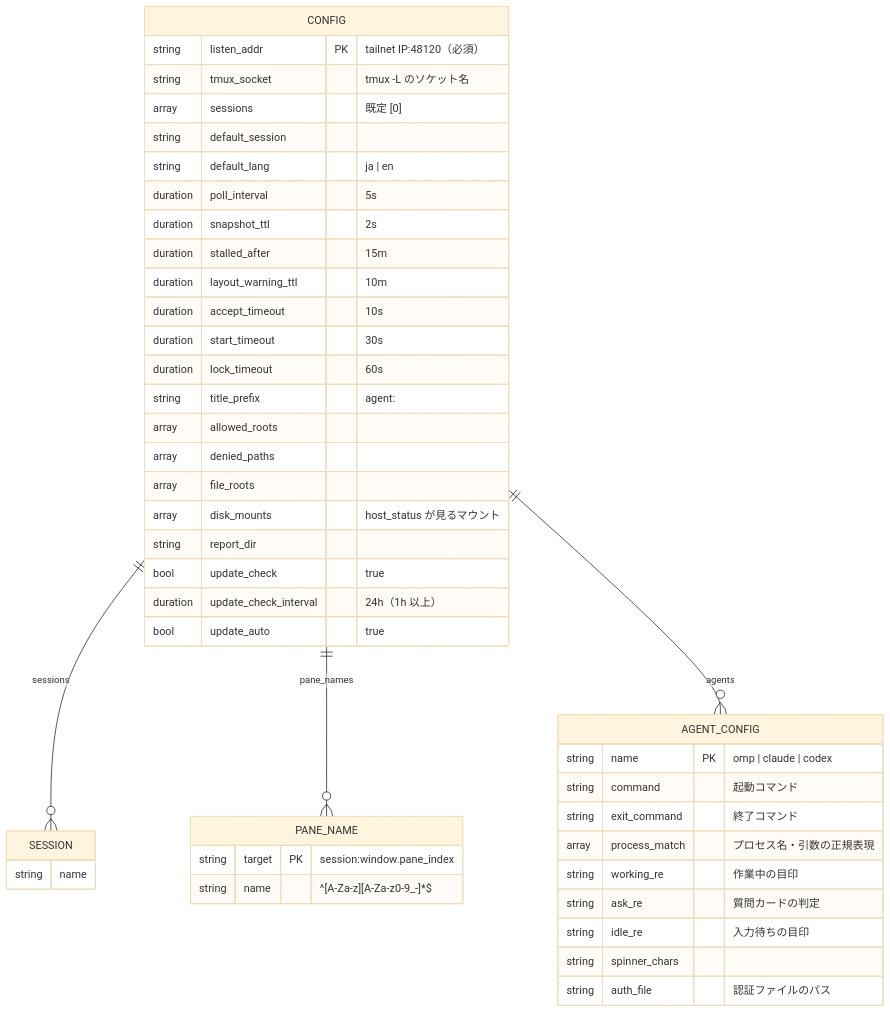
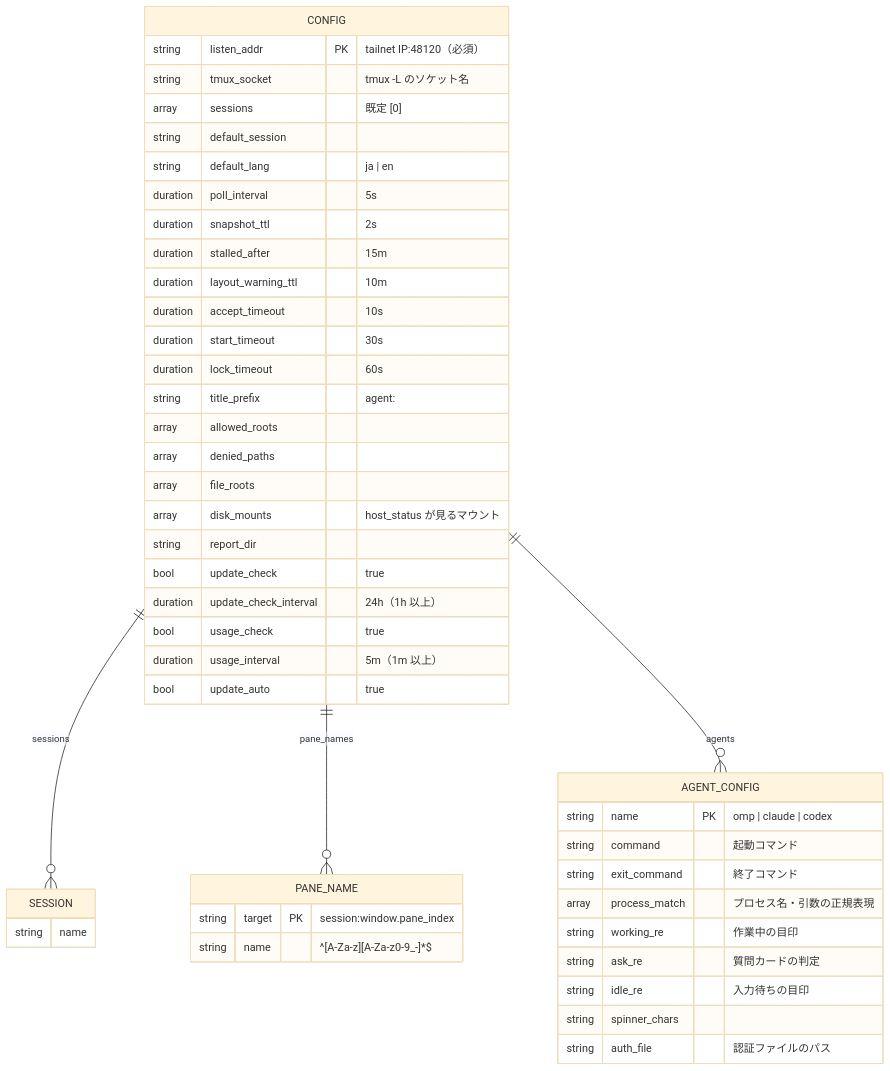
One commit to ousiassllc/swarm-console changed the first of 2 diagrams in docs/architecture/er-config.md. Above: the diagram before and after it, drawn with Mermaid (base theme). The commit also changed other lines of this file and 15 other files, not shown here.

````diff
--- a/docs/architecture/er-config.md
+++ b/docs/architecture/er-config.md
@@ -9,48 +9,50 @@
 ```mermaid
 erDiagram
     CONFIG ||--o{ SESSION : "sessions"
     CONFIG ||--o{ PANE_NAME : "pane_names"
     CONFIG ||--o{ AGENT_CONFIG : "agents"
 
     CONFIG {
         string listen_addr PK "tailnet IP:48120（必須）"
         string tmux_socket "tmux -L のソケット名"
         array sessions "既定 [0]"
         string default_session
         string default_lang "ja | en"
         duration poll_interval "5s"
         duration snapshot_ttl "2s"
         duration stalled_after "15m"
         duration layout_warning_ttl "10m"
         duration accept_timeout "10s"
         duration start_timeout "30s"
         duration lock_timeout "60s"
         string title_prefix "agent: "
         array allowed_roots
         array denied_paths
         array file_roots
         array disk_mounts "host_status が見るマウント"
         string report_dir
         bool update_check "true"
         duration update_check_interval "24h（1h 以上）"
+        bool usage_check "true"
+        duration usage_interval "5m（1m 以上）"
         bool update_auto "true"
     }
     SESSION {
         string name
     }
     PANE_NAME {
         string target PK "session:window.pane_index"
         string name "^[A-Za-z][A-Za-z0-9_-]*$"
     }
     AGENT_CONFIG {
         string name PK "omp | claude | codex"
         string command "起動コマンド"
         string exit_command "終了コマンド"
         array process_match "プロセス名・引数の正規表現"
         string working_re "作業中の目印"
         string ask_re "質問カードの判定"
         string idle_re "入力待ちの目印"
         string spinner_chars
         string auth_file "認証ファイルのパス"
     }
 ```
````
